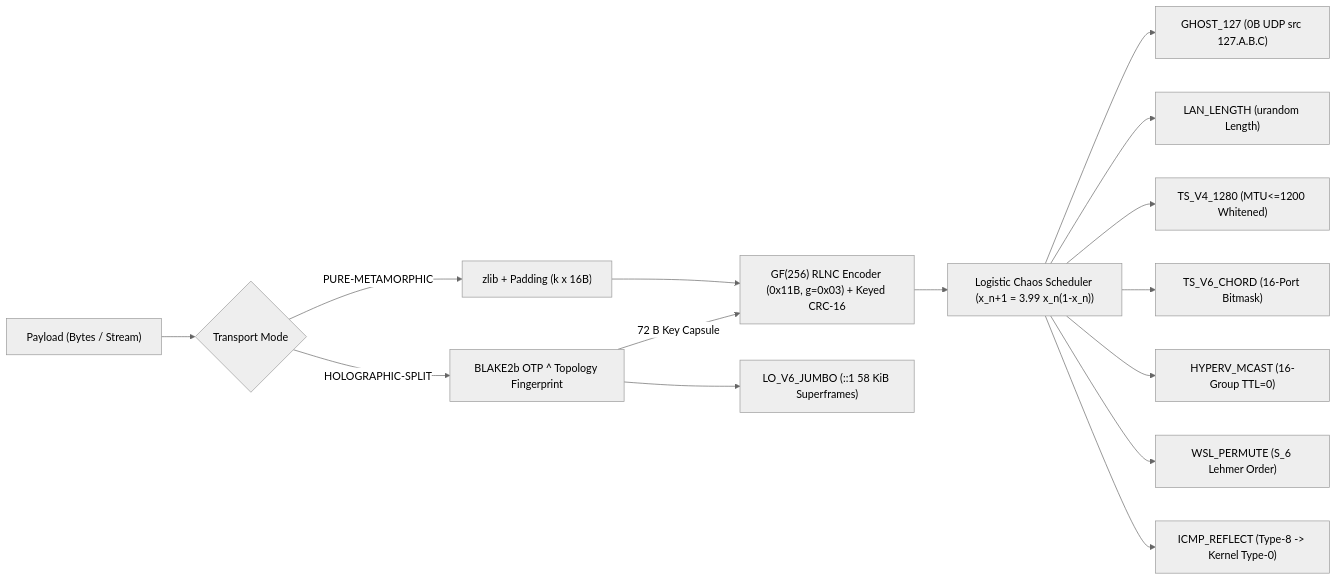
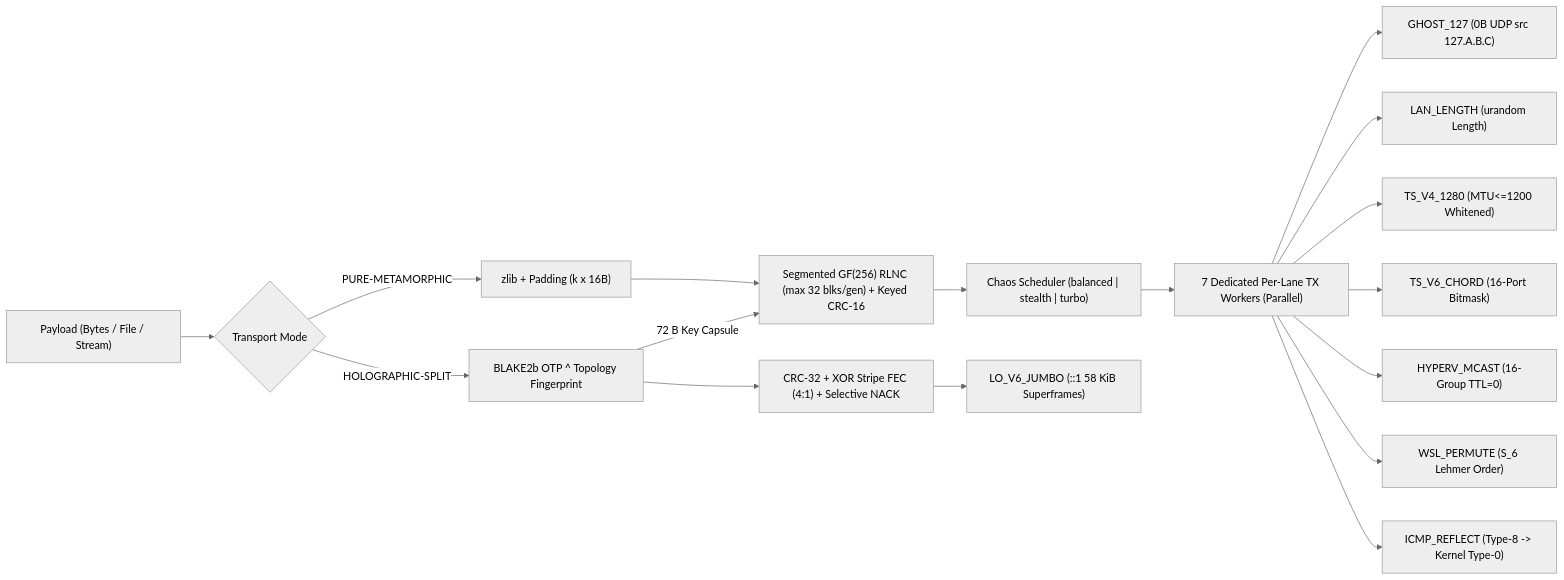
The diagram in README.md (uyenthudao2410-code/chimera-tp), drawn with Mermaid (neutral theme) before and after one commit. The commit also changed other lines of this file and 8 other files, not shown here.

````diff
--- a/README.md
+++ b/README.md
@@ -13,17 +13,19 @@
 ```mermaid
 flowchart LR
-    Payload["Payload (Bytes / Stream)"] --> Mode{"Transport Mode"}
+    Payload["Payload (Bytes / File / Stream)"] --> Mode{"Transport Mode"}
     Mode -- "PURE-METAMORPHIC" --> Zlib["zlib + Padding (k x 16B)"]
-    Zlib --> RLNC["GF(256) RLNC Encoder (0x11B, g=0x03) + Keyed CRC-16"]
-    RLNC --> Chaos["Logistic Chaos Scheduler (x_n+1 = 3.99 x_n(1-x_n))"]
-    Chaos --> L1["GHOST_127 (0B UDP src 127.A.B.C)"]
-    Chaos --> L2["LAN_LENGTH (urandom Length)"]
-    Chaos --> L3["TS_V4_1280 (MTU<=1200 Whitened)"]
-    Chaos --> L4["TS_V6_CHORD (16-Port Bitmask)"]
-    Chaos --> L5["HYPERV_MCAST (16-Group TTL=0)"]
-    Chaos --> L6["WSL_PERMUTE (S_6 Lehmer Order)"]
-    Chaos --> L7["ICMP_REFLECT (Type-8 -> Kernel Type-0)"]
+    Zlib --> SegRLNC["Segmented GF(256) RLNC (max 32 blks/gen) + Keyed CRC-16"]
+    SegRLNC --> Chaos["Chaos Scheduler (balanced | stealth | turbo)"]
+    Chaos --> Pool["7 Dedicated Per-Lane TX Workers (Parallel)"]
+    Pool --> L1["GHOST_127 (0B UDP src 127.A.B.C)"]
+    Pool --> L2["LAN_LENGTH (urandom Length)"]
+    Pool --> L3["TS_V4_1280 (MTU<=1200 Whitened)"]
+    Pool --> L4["TS_V6_CHORD (16-Port Bitmask)"]
+    Pool --> L5["HYPERV_MCAST (16-Group TTL=0)"]
+    Pool --> L6["WSL_PERMUTE (S_6 Lehmer Order)"]
+    Pool --> L7["ICMP_REFLECT (Type-8 -> Kernel Type-0)"]
     Mode -- "HOLOGRAPHIC-SPLIT" --> OTP["BLAKE2b OTP ^ Topology Fingerprint"]
-    OTP --> L8["LO_V6_JUMBO (::1 58 KiB Superframes)"]
-    OTP -- "72 B Key Capsule" --> RLNC
+    OTP --> FEC["CRC-32 + XOR Stripe FEC (4:1) + Selective NACK"]
+    FEC --> L8["LO_V6_JUMBO (::1 58 KiB Superframes)"]
+    OTP -- "72 B Key Capsule" --> SegRLNC
 ```
````
